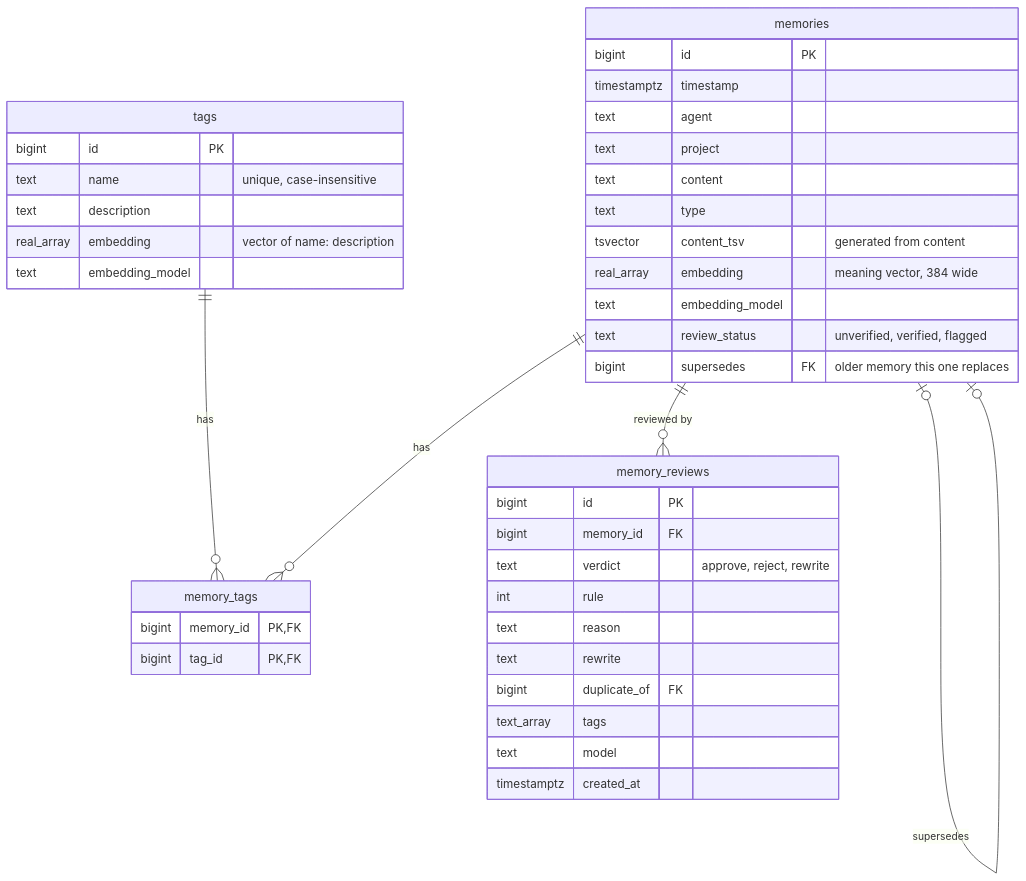
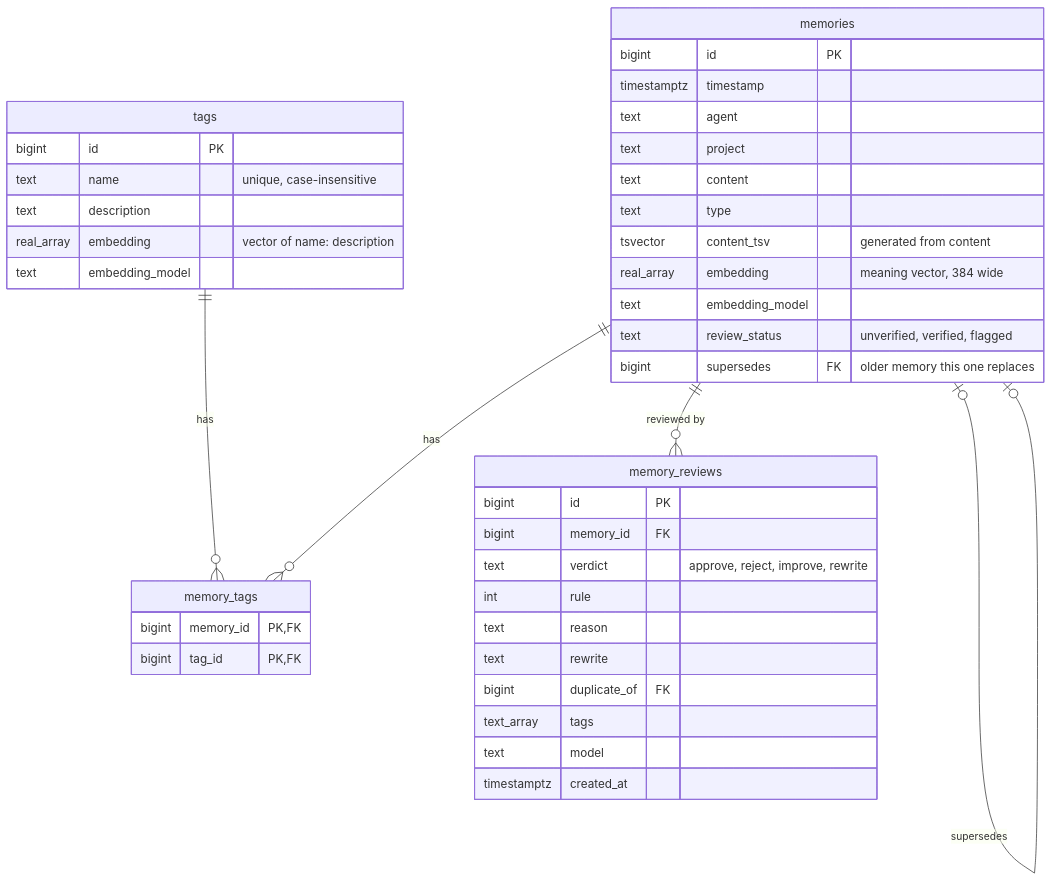
One commit to kdop/agent-memory changed the second of 8 diagrams in ARCHITECTURE.md. Above: the diagram before and after it, drawn with Mermaid. The commit also changed other lines of this file and 14 other files, not shown here.

````diff
--- a/ARCHITECTURE.md
+++ b/ARCHITECTURE.md
@@ -62,44 +62,44 @@
 ```mermaid
 erDiagram
     memories ||--o{ memory_tags : has
     tags ||--o{ memory_tags : has
     memories ||--o{ memory_reviews : "reviewed by"
     memories o|--o| memories : supersedes
 
     memories {
         bigint id PK
         timestamptz timestamp
         text agent
         text project
         text content
         text type
         tsvector content_tsv "generated from content"
         real_array embedding "meaning vector, 384 wide"
         text embedding_model
         text review_status "unverified, verified, flagged"
         bigint supersedes FK "older memory this one replaces"
     }
     memory_reviews {
         bigint id PK
         bigint memory_id FK
-        text verdict "approve, reject, rewrite"
+        text verdict "approve, reject, improve, rewrite"
         int rule
         text reason
         text rewrite
         bigint duplicate_of FK
         text_array tags
         text model
         timestamptz created_at
     }
     tags {
         bigint id PK
         text name "unique, case-insensitive"
         text description
         real_array embedding "vector of name: description"
         text embedding_model
     }
     memory_tags {
         bigint memory_id PK, FK
         bigint tag_id PK, FK
     }
 ```
````
